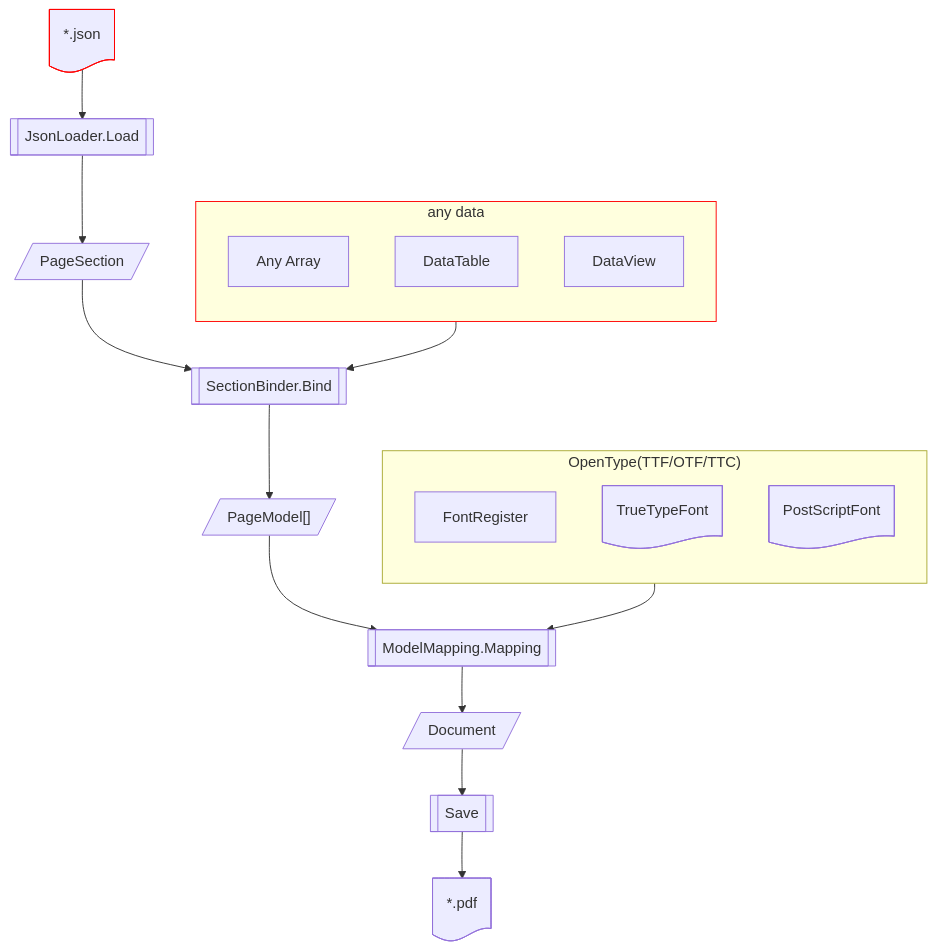
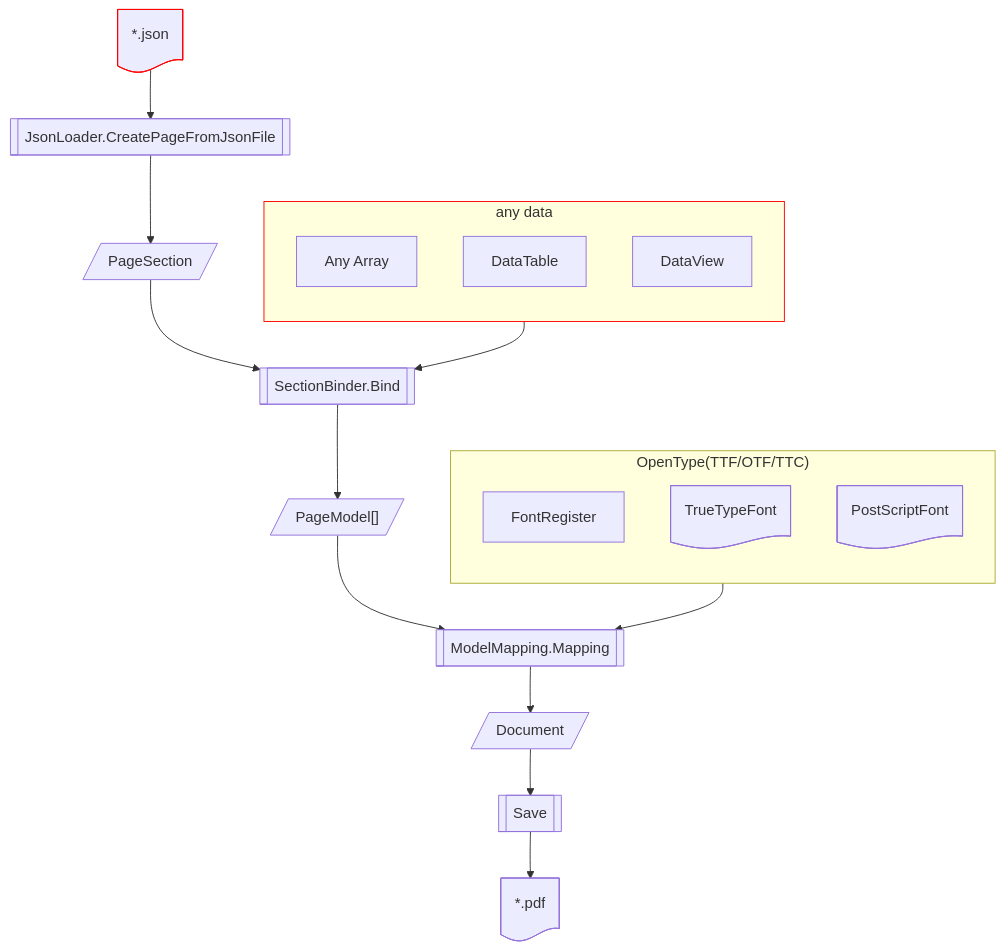
The diagram in README.md (zenuas/PicoPDF), drawn with Mermaid before and after one commit.

Commit message:
関数名反映漏れ訂正

````diff
--- a/README.md
+++ b/README.md
@@ -108,44 +108,44 @@
 ```mermaid
 graph TD;
     subgraph data ["any data"]
       direction TB;
       array;
       DataTable;
       DataView;
     end
     
     subgraph font ["OpenType(TTF/OTF/TTC)"]
       direction TB;
       FontRegister;
       ttf;
       cff;
     end
     
     json:::input-->JsonLoader;
     JsonLoader-->PageSection;
     PageSection-->SectionBinder;
     data:::input-->SectionBinder;
     SectionBinder-->PageModel;
     PageModel-->ModelMapping;
     font-->ModelMapping;
     ModelMapping-->Document;
     Document-->Save;
     Save-->pdf;
     
     json@{ shape: doc, label: "*.json" }
     array@{ shape: rect, label: "Any Array" }
     ttf@{ shape: doc, label: "TrueTypeFont" }
     cff@{ shape: doc, label: "PostScriptFont" }
     pdf@{ shape: doc, label: "*.pdf" }
     
-    JsonLoader@{ shape: subproc, label: "JsonLoader.Load" }
+    JsonLoader@{ shape: subproc, label: "JsonLoader.CreatePageFromJsonFile" }
     SectionBinder@{ shape: subproc, label: "SectionBinder.Bind" }
     ModelMapping@{ shape: subproc, label: "ModelMapping.Mapping" }
     Save@{ shape: subproc, label: "Save" }
     
     PageSection@{ shape: lean-r, label: "PageSection" }
     PageModel@{ shape: lean-r, label: "PageModel[]" }
     Document@{ shape: lean-r, label: "Document" }
     
     classDef input stroke:red
 ```
````
